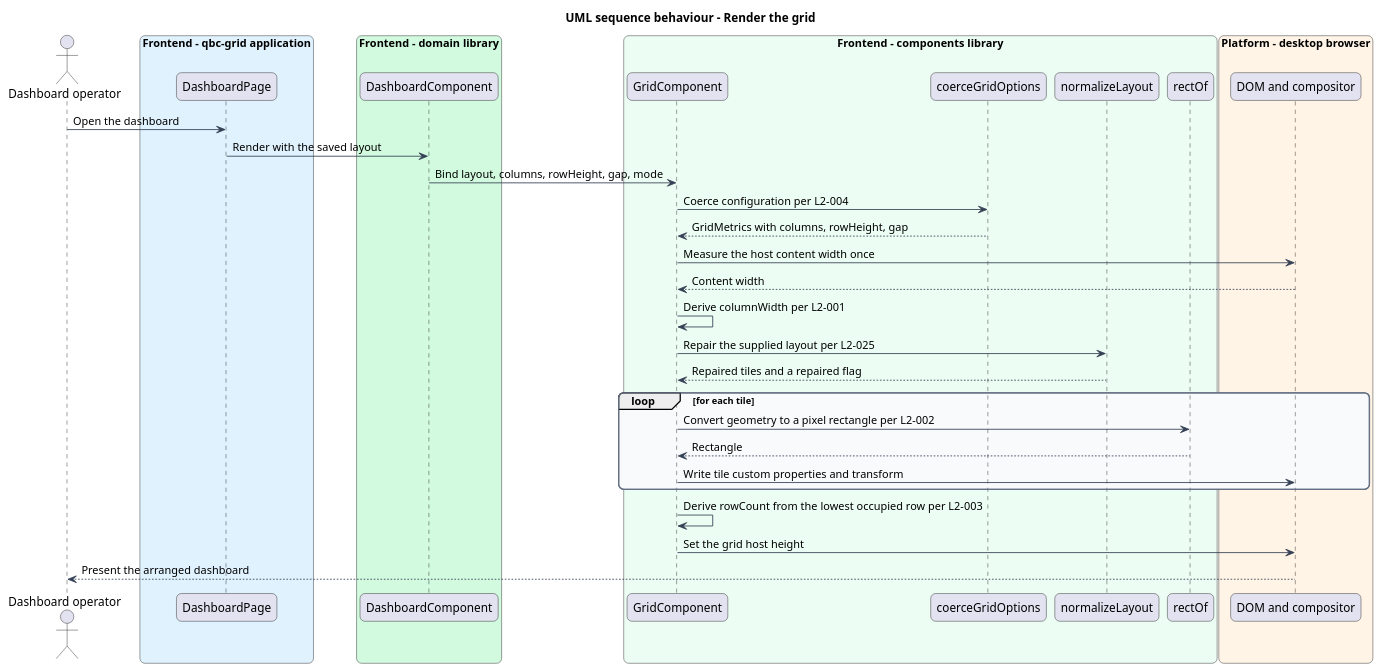
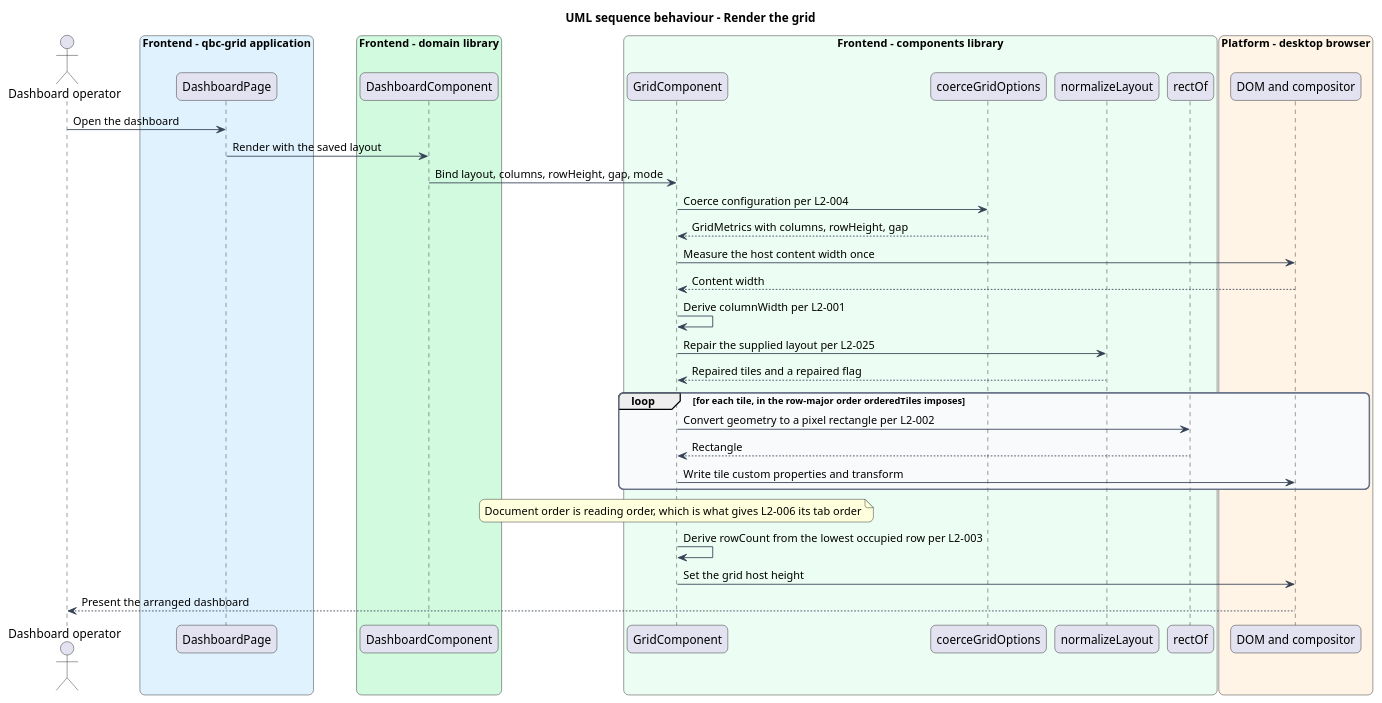
One commit to QuinntyneBrown/qbc-grid changed the diagram in docs/detailed-designs/grid-layout/render-grid/diagrams/sequence-render.puml. Above: the diagram before and after it, drawn with PlantUML. The commit also changed 4 other files, not shown here.

First line of the commit message:
docs: finish the diagram sweep, and guard requirement coverage

```diff
--- a/docs/detailed-designs/grid-layout/render-grid/diagrams/sequence-render.puml
+++ b/docs/detailed-designs/grid-layout/render-grid/diagrams/sequence-render.puml
@@ -1,52 +1,53 @@
 @startuml
 title UML sequence behaviour - Render the grid
 skinparam backgroundColor #FFFFFF
 skinparam shadowing false
 skinparam roundcorner 12
 skinparam defaultFontName Arial
 skinparam ArrowColor #344054
 skinparam rectangle {
   BorderColor #344054
   FontColor #101828
 }
 skinparam package {
   BorderColor #667085
   FontColor #101828
   BackgroundColor #F9FAFB
 }
 actor "Dashboard operator" as actor
 box "Frontend - qbc-grid application" #E0F2FE
   participant "DashboardPage" as page
 end box
 box "Frontend - domain library" #D1FADF
   participant "DashboardComponent" as dashboard
 end box
 box "Frontend - components library" #ECFDF3
   participant "GridComponent" as grid
   participant "coerceGridOptions" as coerce
   participant "normalizeLayout" as normalize
   participant "rectOf" as rect
 end box
 box "Platform - desktop browser" #FFF4E5
   participant "DOM and compositor" as dom
 end box
 
 actor -> page : Open the dashboard
 page -> dashboard : Render with the saved layout
 dashboard -> grid : Bind layout, columns, rowHeight, gap, mode
 grid -> coerce : Coerce configuration per L2-004
 coerce --> grid : GridMetrics with columns, rowHeight, gap
 grid -> dom : Measure the host content width once
 dom --> grid : Content width
 grid -> grid : Derive columnWidth per L2-001
 grid -> normalize : Repair the supplied layout per L2-025
 normalize --> grid : Repaired tiles and a repaired flag
-loop for each tile
+loop for each tile, in the row-major order orderedTiles imposes
   grid -> rect : Convert geometry to a pixel rectangle per L2-002
   rect --> grid : Rectangle
   grid -> dom : Write tile custom properties and transform
 end
+note over grid : Document order is reading order, which is what gives L2-006 its tab order
 grid -> grid : Derive rowCount from the lowest occupied row per L2-003
 grid -> dom : Set the grid host height
 dom --> actor : Present the arranged dashboard
 @enduml
```
